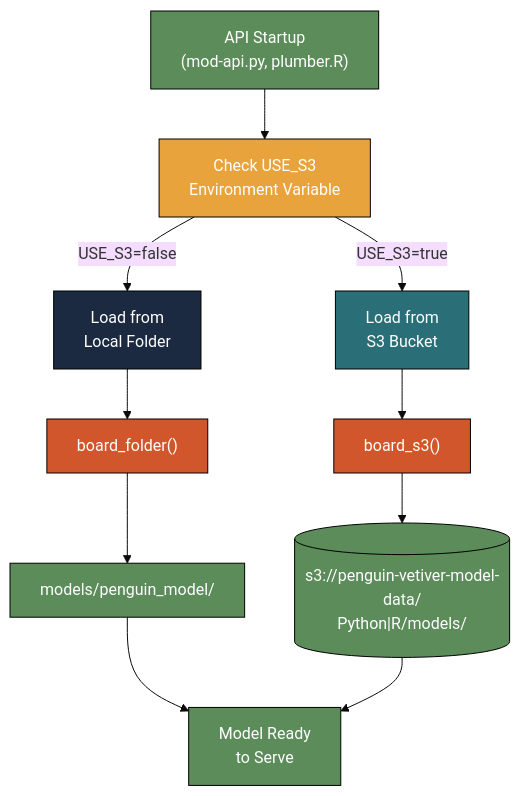
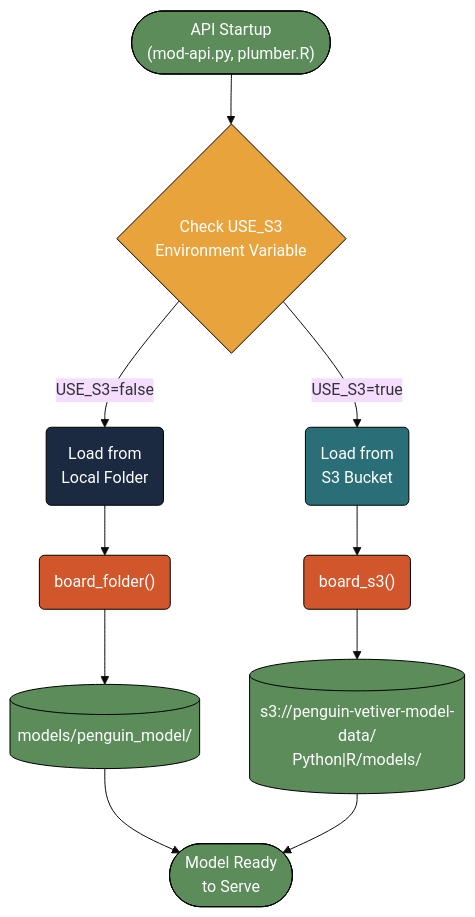
The second of 2 diagrams in s3-data.qmd (mjfrigaard/do4ds-labs), drawn with Mermaid before and after one commit. The commit also changed other lines of this file and 69 other files, not shown here.

Commit message:
style review fixes; mermaid look; lab07 model scripts and workflow deps

````diff
--- a/s3-data.qmd
+++ b/s3-data.qmd
@@ -464,33 +466,33 @@
 ```{mermaid}
 %%| fig-cap: 'Model Pull (Read) Flow'
 %%| fig-width: 7.0
 %%| fig-align: 'center'
-%%{init: {'theme': 'base', 'themeVariables': {'fontFamily': 'monospace'}}}%%
+%%{init: {'theme': 'base', 'look': 'classic', 'themeVariables': {'fontFamily': 'monospace'}}}%%
 
 graph TD
-    API["API Startup<br/>(mod-api.py, plumber.R)"]
-    Check["Check USE_S3<br/>Environment Variable"]
+    API(["API Startup<br/>(mod-api.py, plumber.R)"])
+    Check{"Check USE_S3<br/>Environment Variable"}
     API --> Check
 
-    Check -->|USE_S3=false| Local["Load from<br/>Local Folder"]
-    Check -->|USE_S3=true| S3["Load from<br/>S3 Bucket"]
+    Check -->|USE_S3=false| Local("Load from<br/>Local Folder")
+    Check -->|USE_S3=true| S3("Load from<br/>S3 Bucket")
 
-    Local --> LocalBoard["board_folder()"]
-    S3 --> S3Board["board_s3()"]
+    Local --> LocalBoard("board_folder()")
+    S3 --> S3Board("board_s3()")
 
-    LocalBoard --> LocalPath["models/penguin_model/"]
+    LocalBoard --> LocalPath[("models/penguin_model/")]
     S3Board --> S3Path[("s3://penguin-vetiver-model-data/<br/>Python|R/models/")]
 
-    LocalPath --> Ready["Model Ready<br/>to Serve"]
+    LocalPath --> Ready(["Model Ready<br/>to Serve"])
     S3Path --> Ready
 
     style API fill:#5B8C5A,stroke:#000000,stroke-width:1px,color:#ffffff
     style Check fill:#E8A33D,stroke:#000000,stroke-width:1px,color:#ffffff
     style Local fill:#1B2A41,stroke:#000000,stroke-width:1px,color:#ffffff
     style S3 fill:#2A6F77,stroke:#000000,stroke-width:1px,color:#ffffff
     style LocalBoard fill:#D2562B,stroke:#000000,stroke-width:1px,color:#ffffff
     style S3Board fill:#D2562B,stroke:#000000,stroke-width:1px,color:#ffffff
     style LocalPath fill:#5B8C5A,stroke:#000000,stroke-width:1px,color:#ffffff
     style S3Path fill:#5B8C5A,stroke:#000000,stroke-width:1px,color:#ffffff
     style Ready fill:#5B8C5A,stroke:#000000,stroke-width:1px,color:#ffffff
 ```
````
